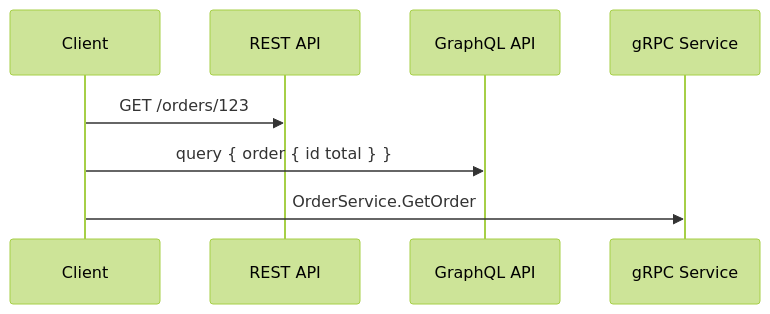
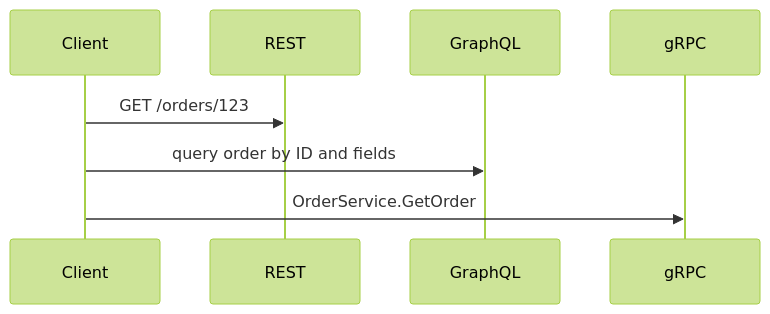
Before and after one commit to vsharma2430/LearnDesign: the third of 9 diagrams in hld/05-hld-api-design/lessons.md, drawn with Mermaid (forest theme). The commit also changed other lines of this file, not shown here.

````diff
--- a/hld/05-hld-api-design/lessons.md
+++ b/hld/05-hld-api-design/lessons.md
@@ -160,11 +110,10 @@
 ```mermaid
 sequenceDiagram
-    participant Client
-    participant REST as REST API
-    participant GraphQL as GraphQL API
-    participant gRPC as gRPC Service
-
-    Client->>REST: GET /orders/123
-    Client->>GraphQL: query { order { id total } }
-    Client->>gRPC: OrderService.GetOrder
+    participant C as Client
+    participant R as REST
+    participant G as GraphQL
+    participant X as gRPC
+    C->>R: GET /orders/123
+    C->>G: query order by ID and fields
+    C->>X: OrderService.GetOrder
 ```
````
